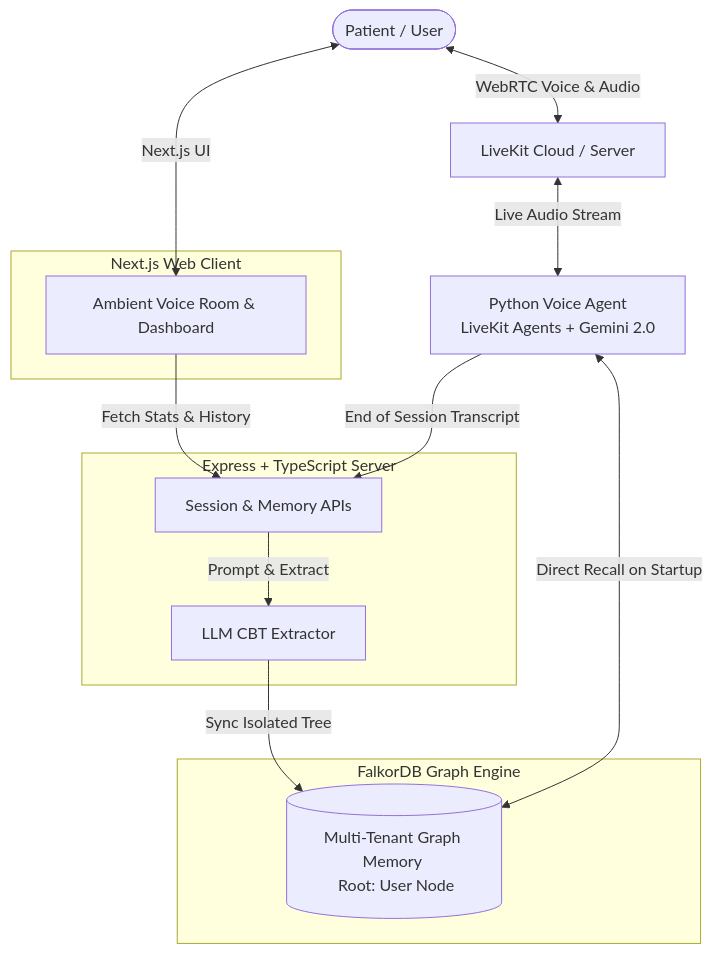
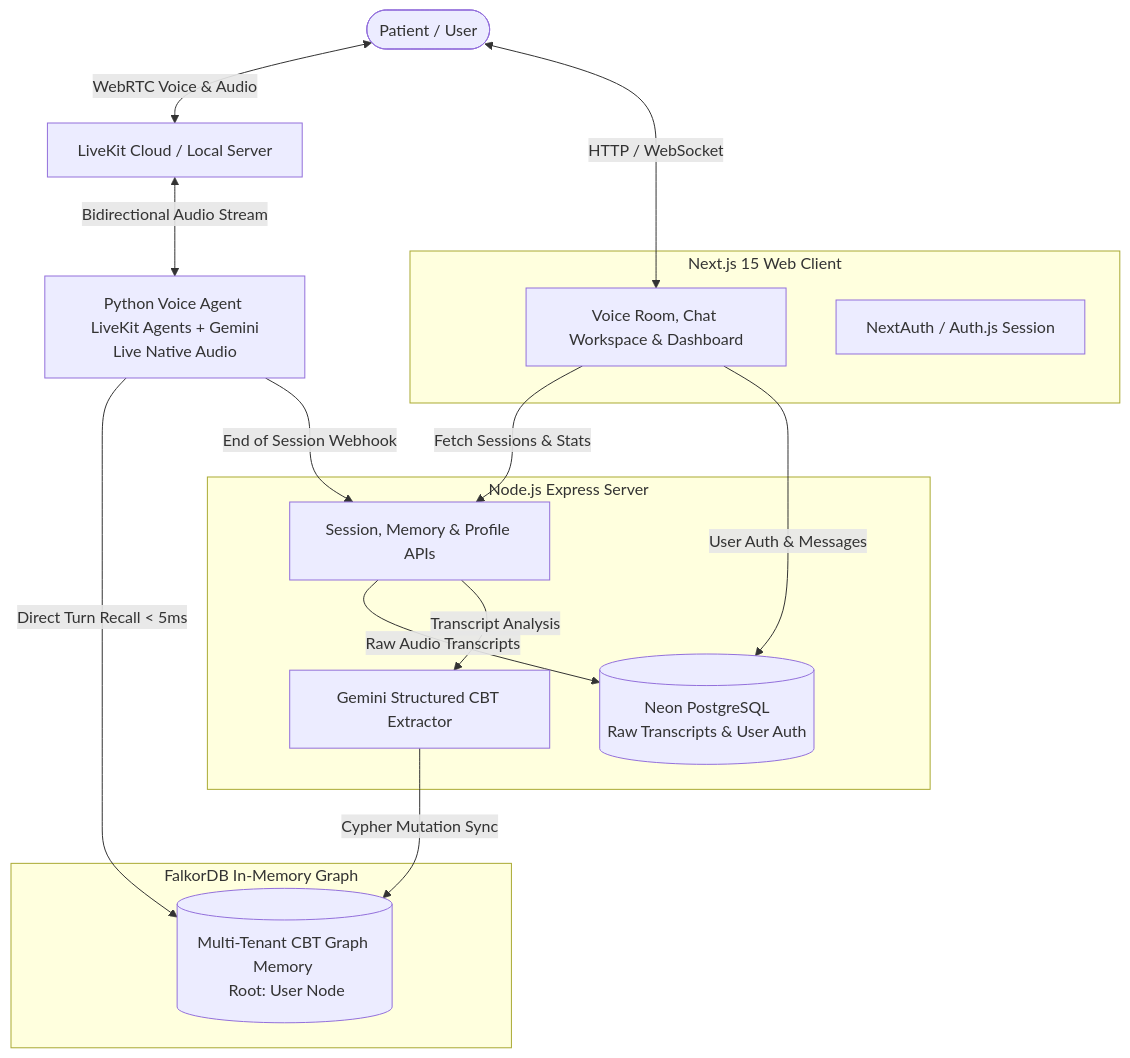
Before and after one commit to VatsalTyagi-git/Hope: the first of 2 diagrams in README.md, drawn with Mermaid. The commit also changed other lines of this file, not shown here.

````diff
--- a/README.md
+++ b/README.md
@@ -19,25 +70,29 @@
 ```mermaid
 graph TD
-    User([Patient / User]) <-->|WebRTC Voice & Audio| LK[LiveKit Cloud / Server]
-    LK <-->|Live Audio Stream| Agent[Python Voice Agent <br> LiveKit Agents + Gemini 2.0]
+    User([Patient / User]) <-->|WebRTC Voice & Audio| LK[LiveKit Cloud / Local Server]
+    LK <-->|Bidirectional Audio Stream| Agent[Python Voice Agent <br> LiveKit Agents + Gemini Live Native Audio]
     
-    subgraph Frontend [Next.js Web Client]
-        UI[Ambient Voice Room & Dashboard]
+    subgraph Frontend [Next.js 15 Web Client]
+        UI[Voice Room, Chat Workspace & Dashboard]
+        Auth[NextAuth / Auth.js Session]
     end
     
-    subgraph Backend [Express + TypeScript Server]
-        API[Session & Memory APIs]
-        Extractor[LLM CBT Extractor]
+    subgraph Backend [Node.js Express Server]
+        API[Session, Memory & Profile APIs]
+        Extractor[Gemini Structured CBT Extractor]
+        Neon[(Neon PostgreSQL <br> Raw Transcripts & User Auth)]
     end
     
-    subgraph Memory [FalkorDB Graph Engine]
-        Graph[(Multi-Tenant Graph Memory <br> Root: User Node)]
+    subgraph GraphEngine [FalkorDB In-Memory Graph]
+        FDB[(Multi-Tenant CBT Graph Memory <br> Root: User Node)]
     end
 
-    User <-->|Next.js UI| UI
-    UI -->|Fetch Stats & History| API
-    Agent -->|End of Session Transcript| API
-    API -->|Prompt & Extract| Extractor
-    Extractor -->|Sync Isolated Tree| Graph
-    Agent <-->|Direct Recall on Startup| Graph
+    User <-->|HTTP / WebSocket| UI
+    UI -->|Fetch Sessions & Stats| API
+    UI -->|User Auth & Messages| Neon
+    Agent -->|Direct Turn Recall < 5ms| FDB
+    Agent -->|End of Session Webhook| API
+    API -->|Raw Audio Transcripts| Neon
+    API -->|Transcript Analysis| Extractor
+    Extractor -->|Cypher Mutation Sync| FDB
 ```
````
